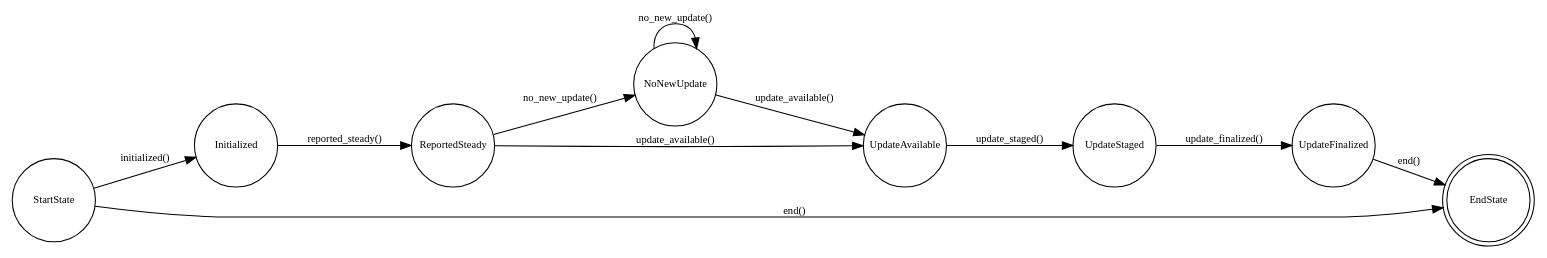
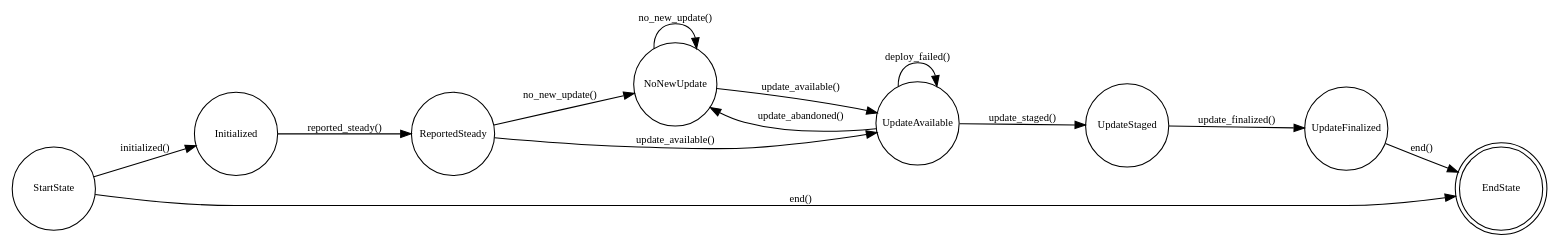
The diagram in docs/images/zincati-fsm.dot (coreos/zincati), drawn with Graphviz before and after one commit. The commit also changed 1 other file, not shown here.

Commit message:
docs/images: update state-machine diagram

```diff
--- a/docs/images/zincati-fsm.dot
+++ b/docs/images/zincati-fsm.dot
@@ -1,33 +1,35 @@
 # Render with: `dot -T png -o zincati-fsm.png zincati-fsm.dot`
 
 digraph finite_state_machine {
     rankdir=LR;
     node [shape=circle, fontsize=10, fixedsize=true, width=1.1]; 
     edge [fontsize=10, fixedsize=true]; 
 
     node [label="StartState"] StartState;
     node [label="Initialized"] Initialized;
     node [label="ReportedSteady"] ReportedSteady;
     node [label="NoNewUpdate"] NoNewUpdate;
     node [label="UpdateAvailable"] UpdateAvailable;
     node [label="UpdateStaged"] UpdateStaged;
     node [label="UpdateFinalized"] UpdateFinalized;
     node [shape = doublecircle, label="EndState"] EndState;
 
     StartState -> Initialized [label="initialized()"];
     StartState -> EndState [label="end()"];
 
     Initialized -> ReportedSteady [label="reported_steady()"];
 
     ReportedSteady -> NoNewUpdate [label="no_new_update()"];
     ReportedSteady -> UpdateAvailable [label="update_available()"];
 
     NoNewUpdate -> NoNewUpdate [label="no_new_update()"];
     NoNewUpdate -> UpdateAvailable [label="update_available()"];
 
+    UpdateAvailable -> UpdateAvailable [label="deploy_failed()"];
+    UpdateAvailable -> NoNewUpdate [label="update_abandoned()"];
     UpdateAvailable -> UpdateStaged [label="update_staged()"];
 
     UpdateStaged -> UpdateFinalized [label="update_finalized()"];
 
     UpdateFinalized -> EndState [label="end()"];
 }
```
